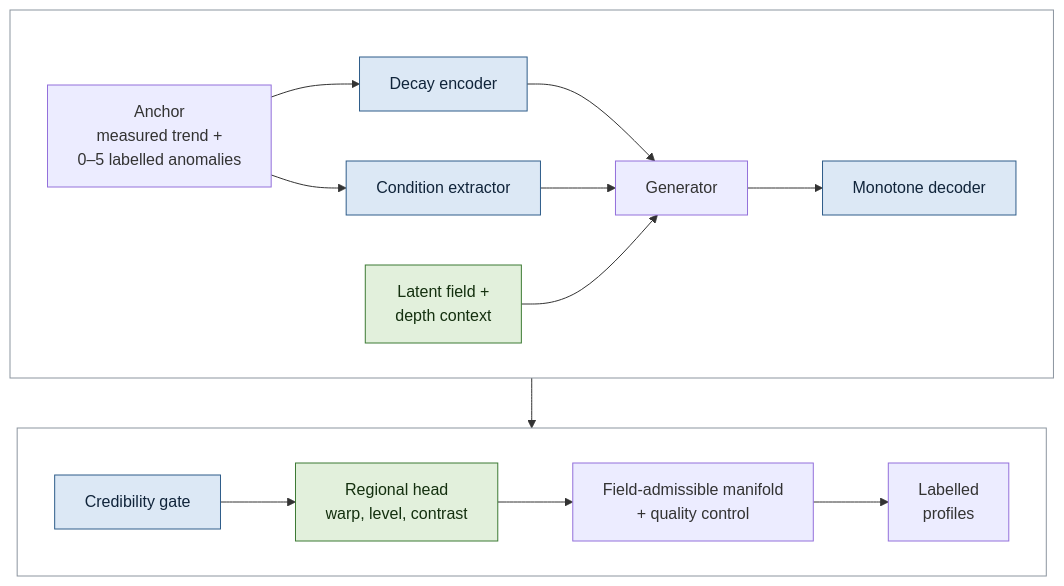
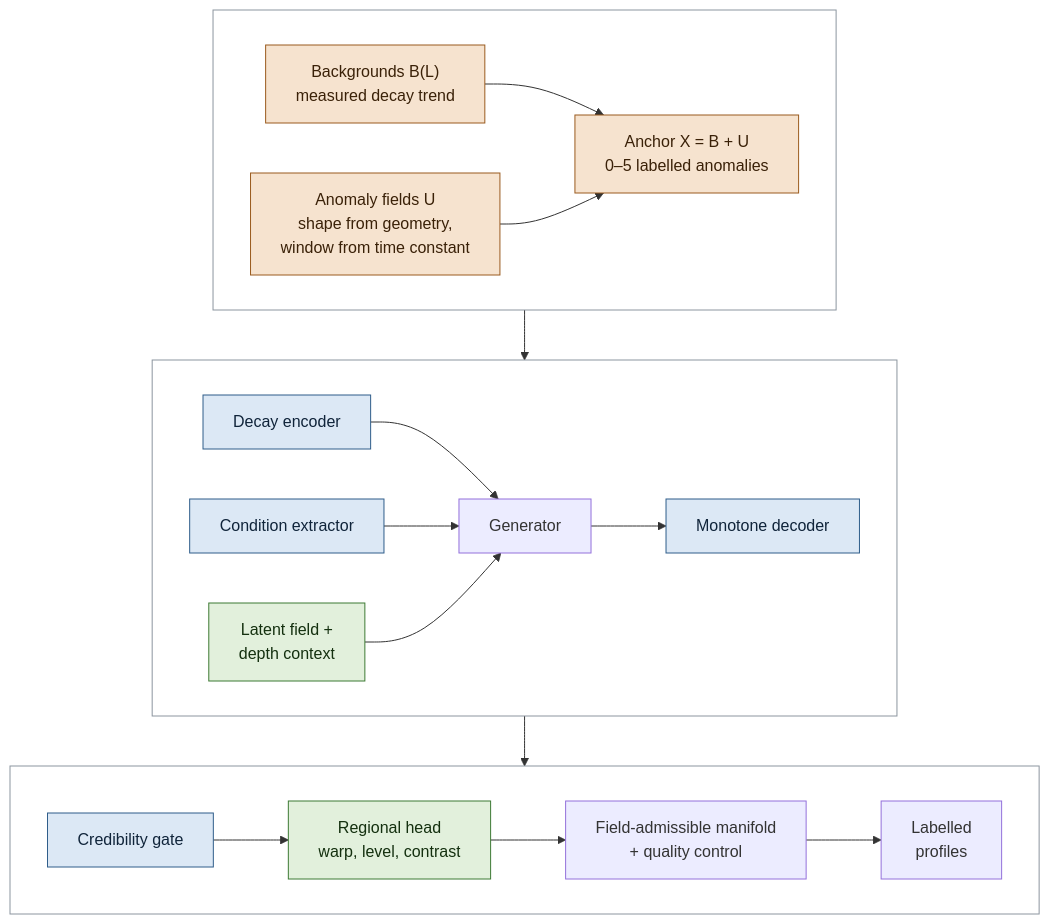
The diagram in README.md (YYALD/STRATA), drawn with Mermaid before and after one commit. The commit also changed other lines of this file and 12 other files, not shown here.

````diff
--- a/README.md
+++ b/README.md
@@ -236,25 +244,32 @@
 ```mermaid
 flowchart TB
+    subgraph S0 [" "]
+        direction LR
+        B["Backgrounds B(L)<br/>measured decay trend"] --> A["Anchor X = B + U<br/>0–5 labelled anomalies"]
+        U["Anomaly fields U<br/>shape from geometry,<br/>window from time constant"] --> A
+    end
     subgraph S1 [" "]
         direction LR
-        A["Anchor<br/>measured trend +<br/>0–5 labelled anomalies"] --> E["Decay encoder"]
-        A --> C["Condition extractor"]
-        E --> G["Generator"]
-        C --> G
+        E["Decay encoder"] --> G["Generator"]
+        C["Condition extractor"] --> G
         Z["Latent field +<br/>depth context"] --> G
         G --> R["Monotone decoder"]
     end
     subgraph S2 [" "]
         direction LR
         K["Credibility gate"] --> H["Regional head<br/>warp, level, contrast"]
         H --> Q["Field-admissible manifold<br/>+ quality control"]
         Q --> O["Labelled<br/>profiles"]
     end
+    S0 --> S1
     S1 --> S2
+    style S0 fill:none,stroke:#8c959f
     style S1 fill:none,stroke:#8c959f
     style S2 fill:none,stroke:#8c959f
+    classDef joint fill:#f6e3cf,stroke:#9a5b1e,color:#3a2108
     classDef decay fill:#dce8f5,stroke:#2f5d8a,color:#10243a
     classDef space fill:#e2f0dc,stroke:#3d7a34,color:#14300f
+    class B,U,A joint
     class E,C,R,K decay
     class Z,H space
 ```
````
